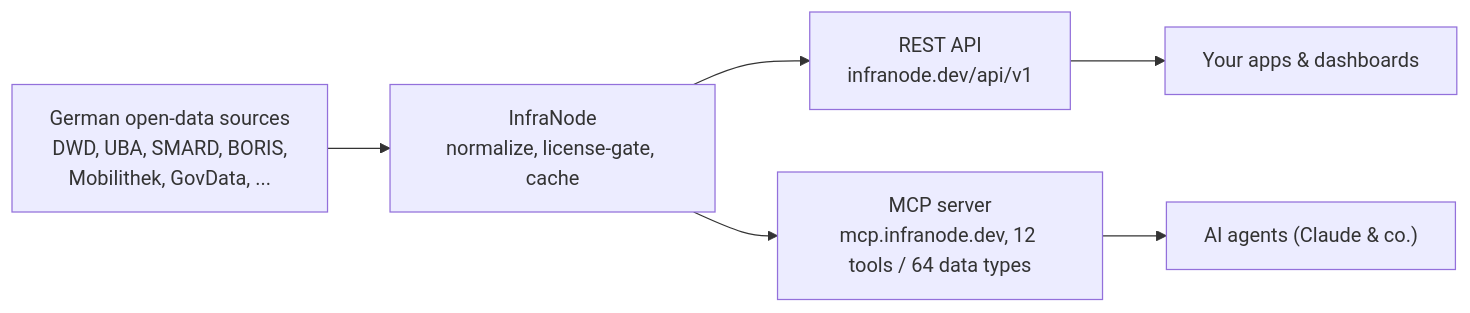
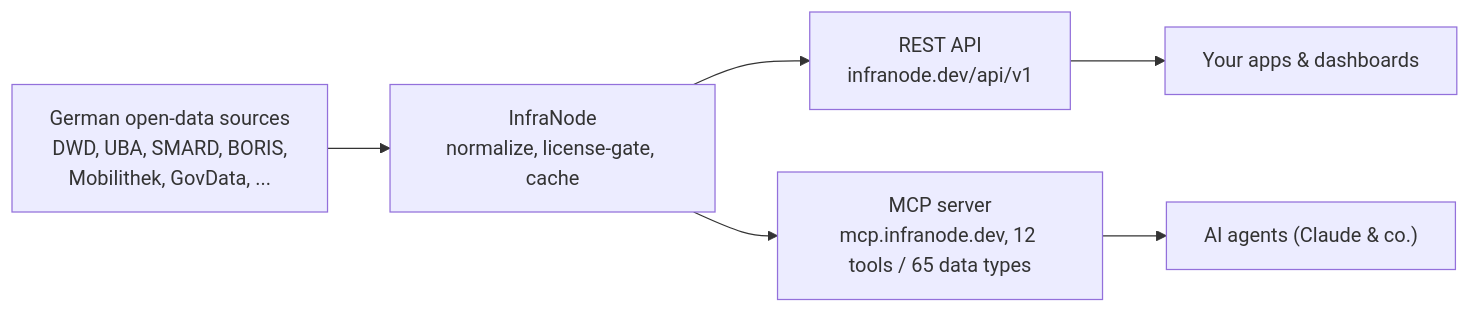
The diagram in README.md (street1983nk/infranode), drawn with Mermaid before and after one commit. The commit also changed other lines of this file and 27 other files, not shown here.

````diff
--- a/README.md
+++ b/README.md
@@ -31,8 +31,8 @@
 ```mermaid
 flowchart LR
     SRC["German open-data sources<br/>DWD, UBA, SMARD, BORIS,<br/>Mobilithek, GovData, ..."] --> CORE["InfraNode<br/>normalize, license-gate, cache"]
     CORE --> API["REST API<br/>infranode.dev/api/v1"]
-    CORE --> MCP["MCP server<br/>mcp.infranode.dev, 12 tools / 64 data types"]
+    CORE --> MCP["MCP server<br/>mcp.infranode.dev, 12 tools / 65 data types"]
     API --> APPS["Your apps &amp; dashboards"]
     MCP --> AGENTS["AI agents (Claude &amp; co.)"]
 ```
````
